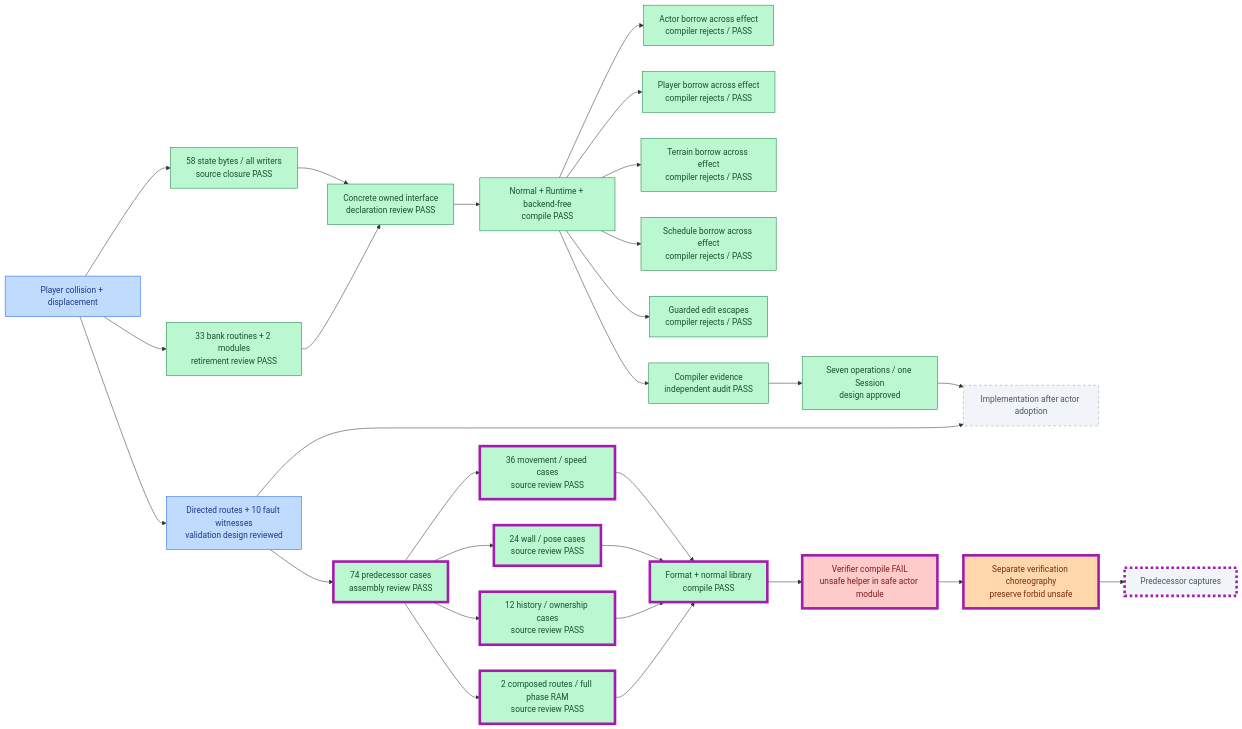
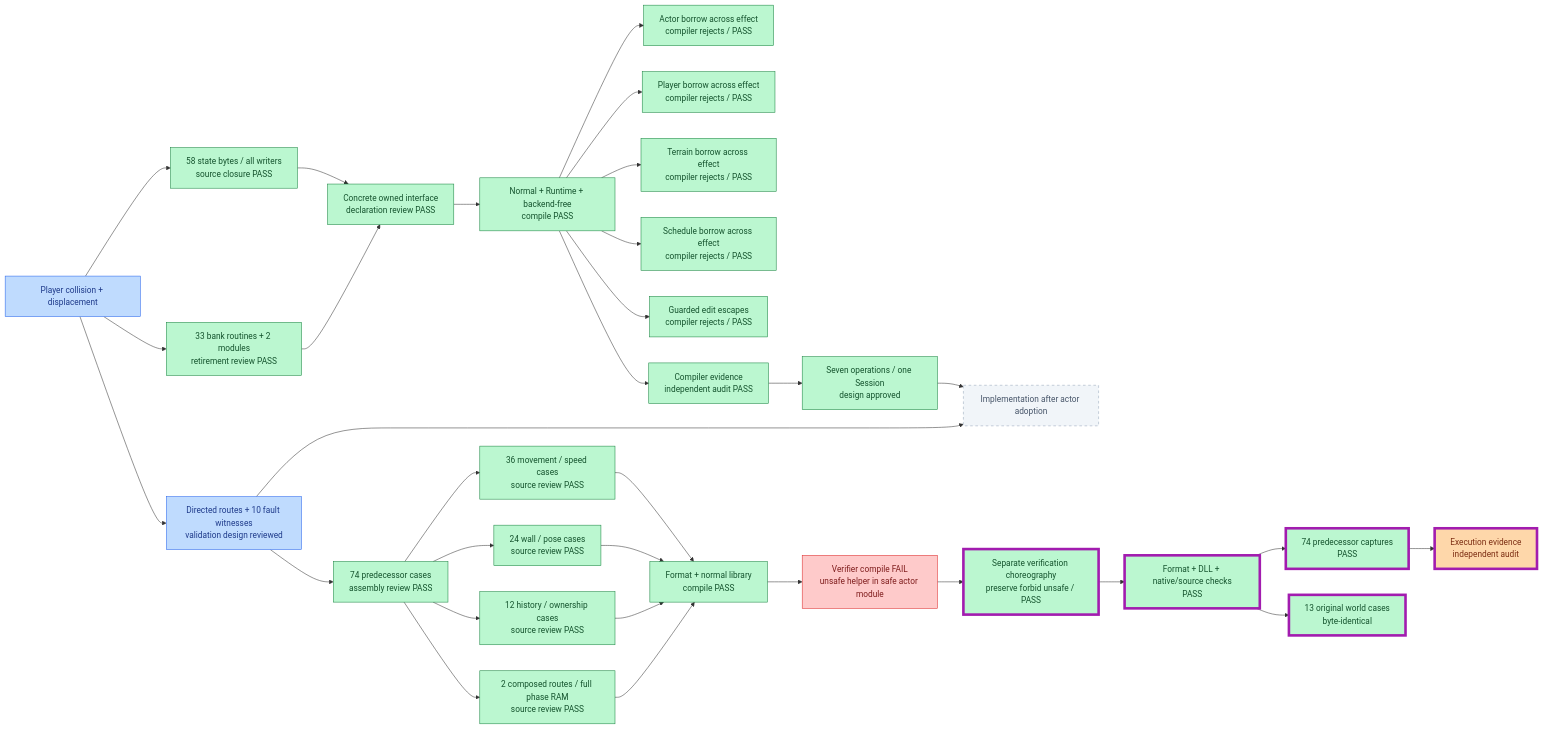
The third of 22 diagrams in PROGRESS.md (JimLundin/sm-decomp), drawn with Mermaid before and after one commit. The commit also changed other lines of this file and 1 other file, not shown here.

Commit message:
Report passing collision captures and surviving ownership mutation
Verification status: corrected DLL/source/native checks pass,74new predecessor cases execute,13original world captures byte-identical. Source audit2053verification lines,zero gameplay. CI40058485171 ends with53unique kills,1survivor,19unrun; compensating actor cleanup motivates pre-Drop witness, not kill credit. Documentation diff/progress checks pass.

````diff
--- a/PROGRESS.md
+++ b/PROGRESS.md
@@ -124,37 +125,40 @@
 ```mermaid
 flowchart LR
     PC["Player collision + displacement"]:::draft --> PS["58 state bytes / all writers<br/>source closure PASS"]:::done
     PC --> PR["33 bank routines + 2 modules<br/>retirement review PASS"]:::done
     PC --> PV["Directed routes + 10 fault witnesses<br/>validation design reviewed"]:::draft
     PS --> PD["Concrete owned interface<br/>declaration review PASS"]:::done
     PR --> PD
     PD --> PCOMP["Normal + Runtime + backend-free<br/>compile PASS"]:::done
     PCOMP --> PBA["Actor borrow across effect<br/>compiler rejects / PASS"]:::done
     PCOMP --> PBP["Player borrow across effect<br/>compiler rejects / PASS"]:::done
     PCOMP --> PBT["Terrain borrow across effect<br/>compiler rejects / PASS"]:::done
     PCOMP --> PBS["Schedule borrow across effect<br/>compiler rejects / PASS"]:::done
     PCOMP --> PBE["Guarded edit escapes<br/>compiler rejects / PASS"]:::done
     PCOMP --> PAUDIT["Compiler evidence<br/>independent audit PASS"]:::done
     PAUDIT --> PAP["Seven operations / one Session<br/>design approved"]:::done
     PAP --> PI["Implementation after actor adoption"]:::pending
     PV --> PI
     PV --> PREF["74 predecessor cases<br/>assembly review PASS"]:::done
     PREF --> PMOVE["36 movement / speed cases<br/>source review PASS"]:::done
     PREF --> PPOSE["24 wall / pose cases<br/>source review PASS"]:::done
     PREF --> POWN["12 history / ownership cases<br/>source review PASS"]:::done
     PREF --> PROUTE["2 composed routes / full phase RAM<br/>source review PASS"]:::done
     PMOVE --> PBUILD["Format + normal library<br/>compile PASS"]:::done
     PPOSE --> PBUILD
     POWN --> PBUILD
     PROUTE --> PBUILD
     PBUILD --> PDLL["Verifier compile FAIL<br/>unsafe helper in safe actor module"]:::failed
-    PDLL --> PFIX["Separate verification choreography<br/>preserve forbid unsafe"]:::active
-    PFIX --> PCAP["Predecessor captures"]:::pending
-    class PREF,PMOVE,PPOSE,POWN,PROUTE,PBUILD,PDLL,PFIX,PCAP changed
+    PDLL --> PFIX["Separate verification choreography<br/>preserve forbid unsafe / PASS"]:::done
+    PFIX --> PFINAL["Format + DLL + native/source checks<br/>PASS"]:::done
+    PFINAL --> PCAP["74 predecessor captures<br/>PASS"]:::done
+    PFINAL --> POLD["13 original world cases<br/>byte-identical"]:::done
+    PCAP --> PEXEC["Execution evidence<br/>independent audit"]:::active
+    class PFIX,PFINAL,PCAP,POLD,PEXEC changed
     classDef failed fill:#fecaca,stroke:#dc2626,color:#7f1d1d
     classDef done fill:#bbf7d0,stroke:#15803d,color:#14532d
     classDef draft fill:#bfdbfe,stroke:#2563eb,color:#1e3a8a
     classDef active fill:#fed7aa,stroke:#ea580c,color:#7c2d12
     classDef pending fill:#f1f5f9,stroke:#94a3b8,color:#475569,stroke-dasharray:5 5
     classDef changed stroke:#a21caf,stroke-width:5px
 ```
````
